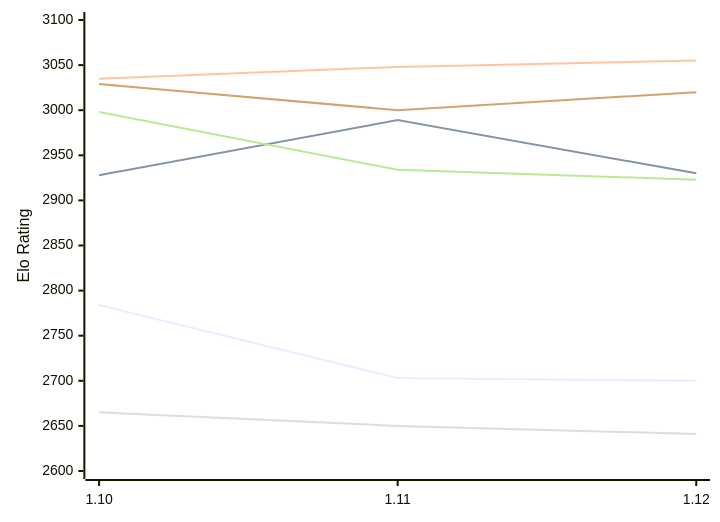
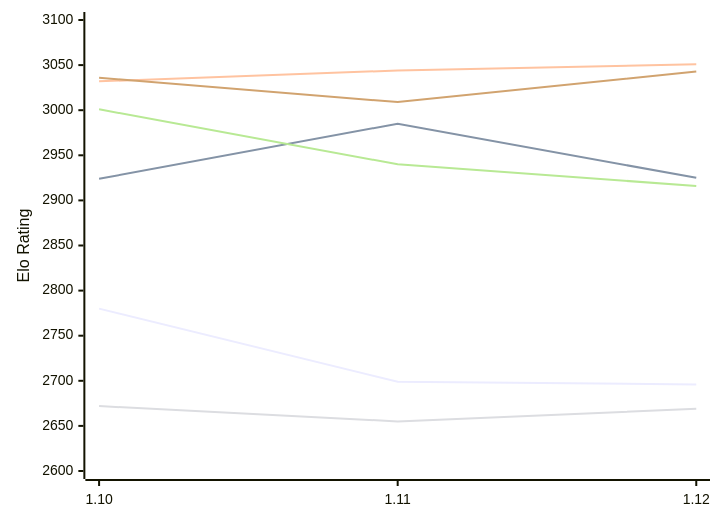
Before and after one commit to computer-chess-index/cci: the first of 2 diagrams in engines/Roc.md, drawn with Mermaid. The commit also changed other lines of this file, not shown here.

Commit message:
Update CCI Ratings (ELO VLTC) - 2026-11-21

````diff
--- a/engines/Roc.md
+++ b/engines/Roc.md
@@ -52,12 +52,12 @@
 ```mermaid
 %%{init: {"theme":"base","themeVariables":{"seriesColors:['#a3a3a3','#222221','#faa371']}}}%%
 xychart-beta
   x-axis ["1.10", "1.11", "1.12"]
   y-axis "Elo Rating" 2600 --> 3100
-  line "E1: STC (8.0+0.08s)" [2784, 2703, 2700]
-  line "E1: LTC (60.0+0.60s)" [2928, 2989, 2930]
-  line "E1: VLTC (2m24s+1.12s)" [3035, 3048, 3055]
-  line "P1: STC (8.0+0.08s)" [2665, 2650, 2641]
-  line "P1: LTC (60.0+0.60s)" [2998, 2934, 2923]
-  line "P1: VLTC (2m24s+1.12s)" [3029, 3000, 3020]
+  line "E1: STC (8.0+0.08s)" [2780, 2699, 2696]
+  line "E1: LTC (60.0+0.60s)" [2924, 2985, 2925]
+  line "E1: VLTC (2m24s+1.12s)" [3032, 3044, 3051]
+  line "P1: STC (8.0+0.08s)" [2672, 2655, 2669]
+  line "P1: LTC (60.0+0.60s)" [3001, 2940, 2916]
+  line "P1: VLTC (2m24s+1.12s)" [3036, 3009, 3043]
 ```
````
